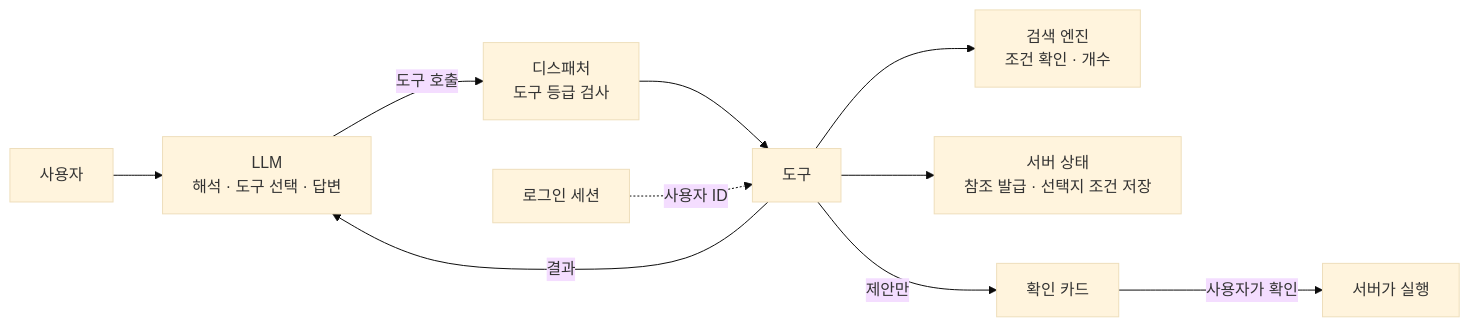
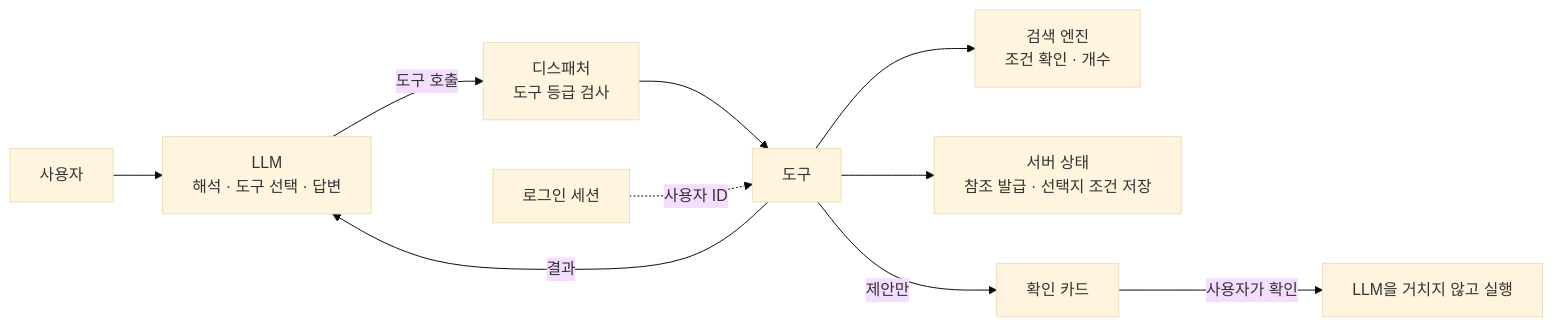
One commit to 12OneTwo12/12OneTwo12.github.io changed the first of 5 diagrams in content/blog/architecture/real-estate-integrated-agent-llm-boundary.ko.md. Above: the diagram before and after it, drawn with Mermaid (base theme). The commit also changed other lines of this file and 1 other file, not shown here.

````diff
--- a/content/blog/architecture/real-estate-integrated-agent-llm-boundary.ko.md
+++ b/content/blog/architecture/real-estate-integrated-agent-llm-boundary.ko.md
@@ -49,12 +53,12 @@
 ```mermaid
 flowchart LR
     U["사용자"] --> LLM["LLM<br/>해석 · 도구 선택 · 답변"]
     LLM -->|도구 호출| D["디스패처<br/>도구 등급 검사"]
     D --> T["도구"]
     SS["로그인 세션"] -.->|사용자 ID| T
     T --> SE["검색 엔진<br/>조건 확인 · 개수"]
     T --> ST["서버 상태<br/>참조 발급 · 선택지 조건 저장"]
     T -->|결과| LLM
     T -->|제안만| C["확인 카드"]
-    C -->|사용자가 확인| EX["서버가 실행"]
+    C -->|사용자가 확인| EX["LLM을 거치지 않고 실행"]
 ```
````
